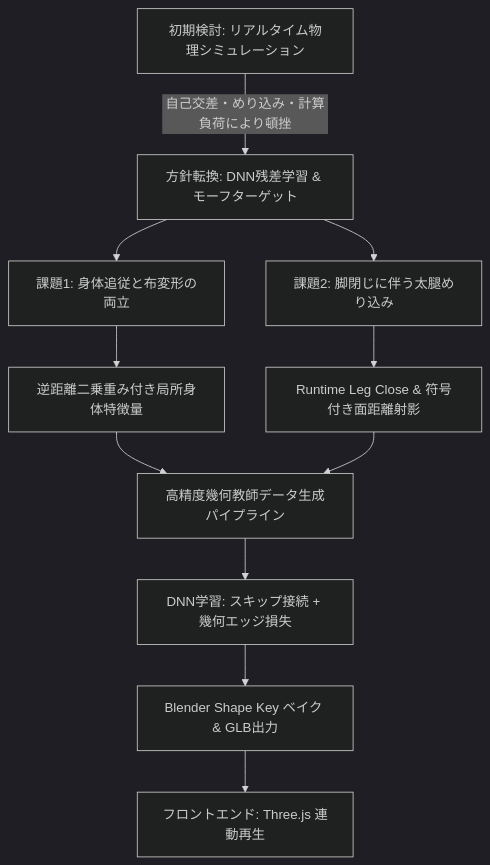
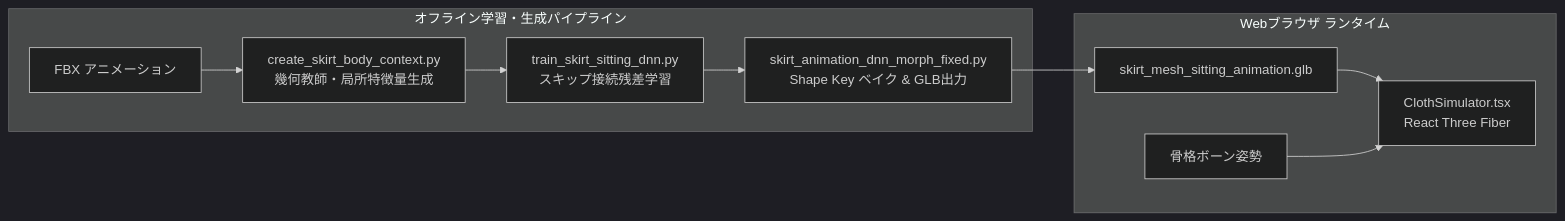
One commit to shinpon871-gif/egaken changed the second of 2 diagrams in docs/SKIRT_STAND_TO_SIT_REPORT.md. Above: the diagram before and after it, drawn with Mermaid (dark theme). The commit also changed other lines of this file, not shown here.

Commit message:
SKIRT_STAND_TO_SIT_REPORT.md を体系的な制作・学習レポートとして更新

````diff
--- a/docs/SKIRT_STAND_TO_SIT_REPORT.md
+++ b/docs/SKIRT_STAND_TO_SIT_REPORT.md
@@ -13,13 +57,13 @@
 ```mermaid
-graph TD
-    A[初期検討: リアルタイム物理シミュレーション] -->|自己交差・めり込み・計算負荷により頓挫| B[方針転換: DNN残差学習 & モーフターゲット]
-    B --> C[課題1: 身体追従と布変形の両立]
-    B --> D[課題2: 脚閉じに伴う太腿めり込み]
-    C --> E[逆距離二乗重み付き局所身体特徴量]
-    D --> F[Runtime Leg Close & 符号付き面距離射影]
-    E --> G[高精度幾何教師データ生成パイプライン]
-    F --> G
-    G --> H[DNN学習: スキップ接続 + 幾何エッジ損失]
-    H --> I[Blender Shape Key ベイク & GLB出力]
-    I --> J[フロントエンド: Three.js 連動再生]
+graph LR
+    subgraph Offline_Pipeline [オフライン学習・生成パイプライン]
+        FBX[FBX アニメーション] --> Context[create_skirt_body_context.py<br/>幾何教師・局所特徴量生成]
+        Context --> Train[train_skirt_sitting_dnn.py<br/>スキップ接続残差学習]
+        Train --> Bake[skirt_animation_dnn_morph_fixed.py<br/>Shape Key ベイク & GLB出力]
+    end
+    subgraph Runtime_App [Webブラウザ ランタイム]
+        GLB[skirt_mesh_sitting_animation.glb] --> Sim[ClothSimulator.tsx<br/>React Three Fiber]
+        Pose[骨格ボーン姿勢] --> Sim
+    end
+    Bake --> GLB
 ```
````
